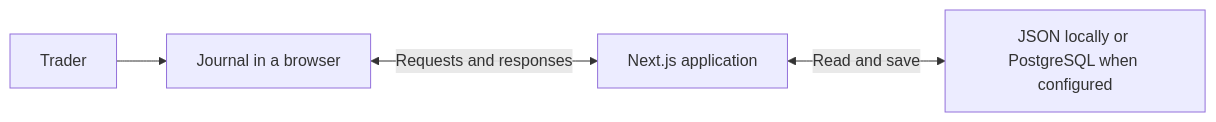
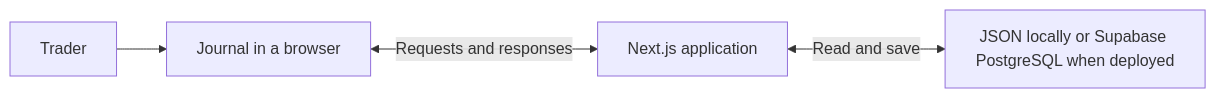
One commit to brandennevius/TradingDashboard changed the diagram in monthly-trading-report/docs/guide/README.md. Above: the diagram before and after it, drawn with Mermaid. The commit also changed other lines of this file and 5 other files, not shown here.

Commit message:
Document Supabase hosting and Branden journal data flow

````diff
--- a/monthly-trading-report/docs/guide/README.md
+++ b/monthly-trading-report/docs/guide/README.md
@@ -9,6 +9,6 @@
 ```mermaid
 flowchart LR
     trader["Trader"] --> browser["Journal in a browser"]
     browser <-->|"Requests and responses"| app["Next.js application"]
-    app <-->|"Read and save"| storage["JSON locally or PostgreSQL when configured"]
+    app <-->|"Read and save"| storage["JSON locally or Supabase PostgreSQL when deployed"]
 ```
````
